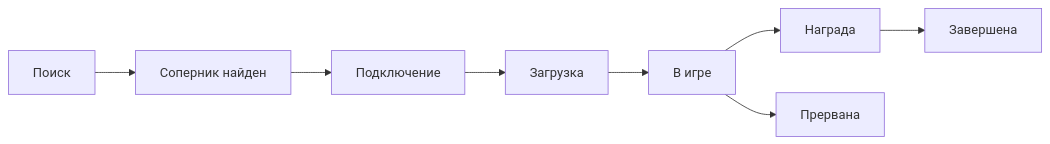
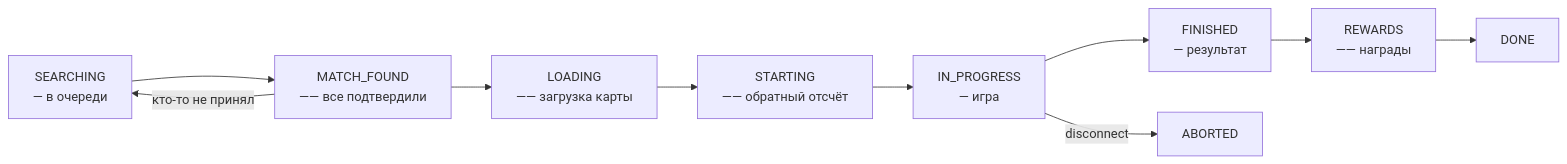
Before and after one commit to sergeyodnoval-bot/sysanalyst-kb.github.io: the second of 2 diagrams in docs/specialization/gamedev-matchmaking.md, drawn with Mermaid. The commit also changed other lines of this file and 7 other files, not shown here.

````diff
--- a/docs/specialization/gamedev-matchmaking.md
+++ b/docs/specialization/gamedev-matchmaking.md
@@ -43,10 +103,12 @@
 ```mermaid
 flowchart LR
-    SEARCHING["Поиск"] --> FOUND["Соперник найден"]
-    FOUND --> CONNECT["Подключение"]
-    CONNECT --> LOADING["Загрузка"]
-    LOADING --> PLAYING["В игре"]
-    PLAYING --> REWARD["Награда"]
-    REWARD --> DONE["Завершена"]
-    PLAYING --> ABORT["Прервана"]
+    SEARCHING["SEARCHING<br/>— в очереди"] --> FOUND["MATCH_FOUND<br/>—— все подтвердили"]
+    FOUND --> LOADING["LOADING<br/>—— загрузка карты"]
+    LOADING --> STARTING["STARTING<br/>—— обратный отсчёт"]
+    STARTING --> IN_PROGRESS["IN_PROGRESS<br/>— игра"]
+    IN_PROGRESS --> FINISHED["FINISHED<br/>— результат"]
+    FINISHED --> REWARDS["REWARDS<br/>—— награды"]
+    REWARDS --> DONE["DONE"]
+    FOUND -->|"кто-то не принял"| SEARCHING
+    IN_PROGRESS -->|"disconnect"| ABORTED["ABORTED"]
 ```
````
